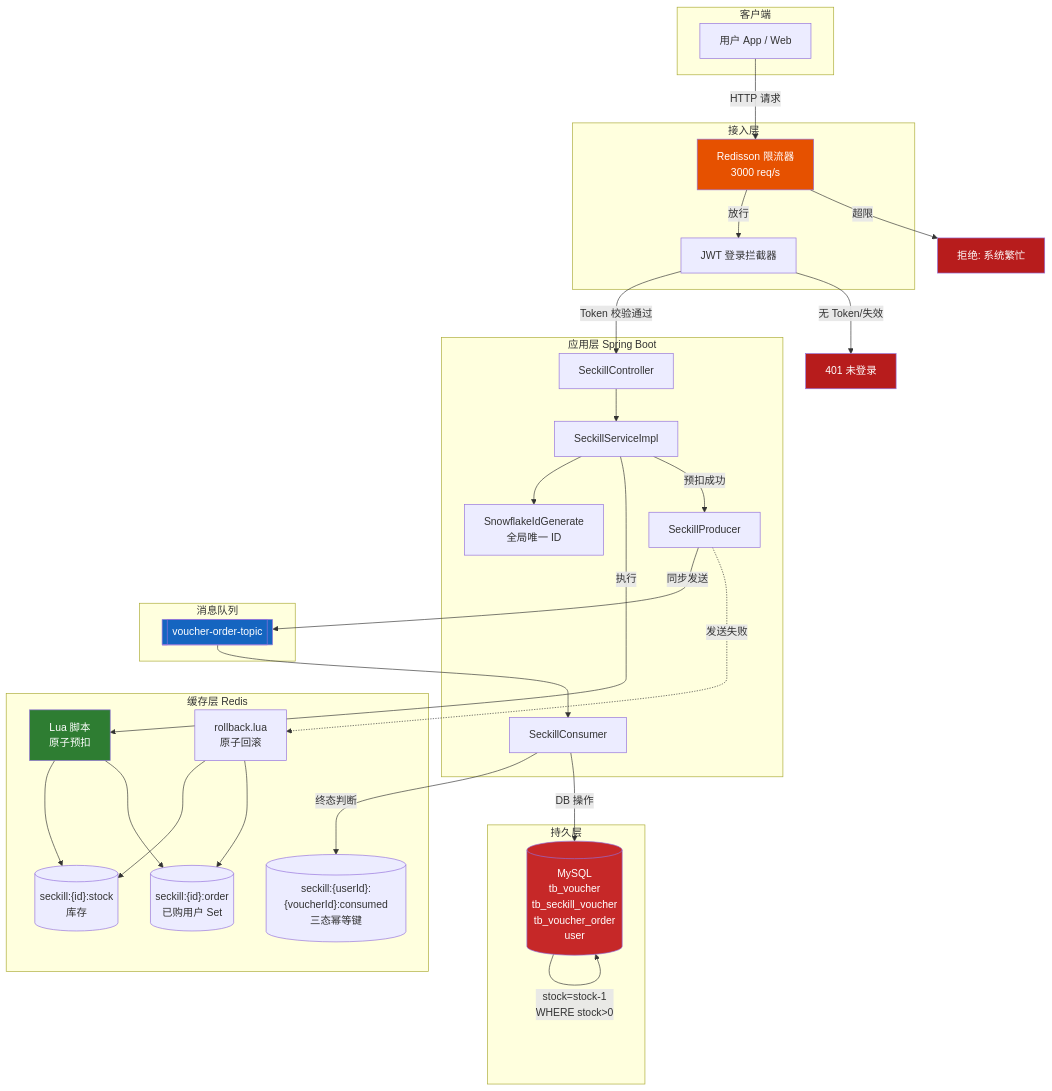
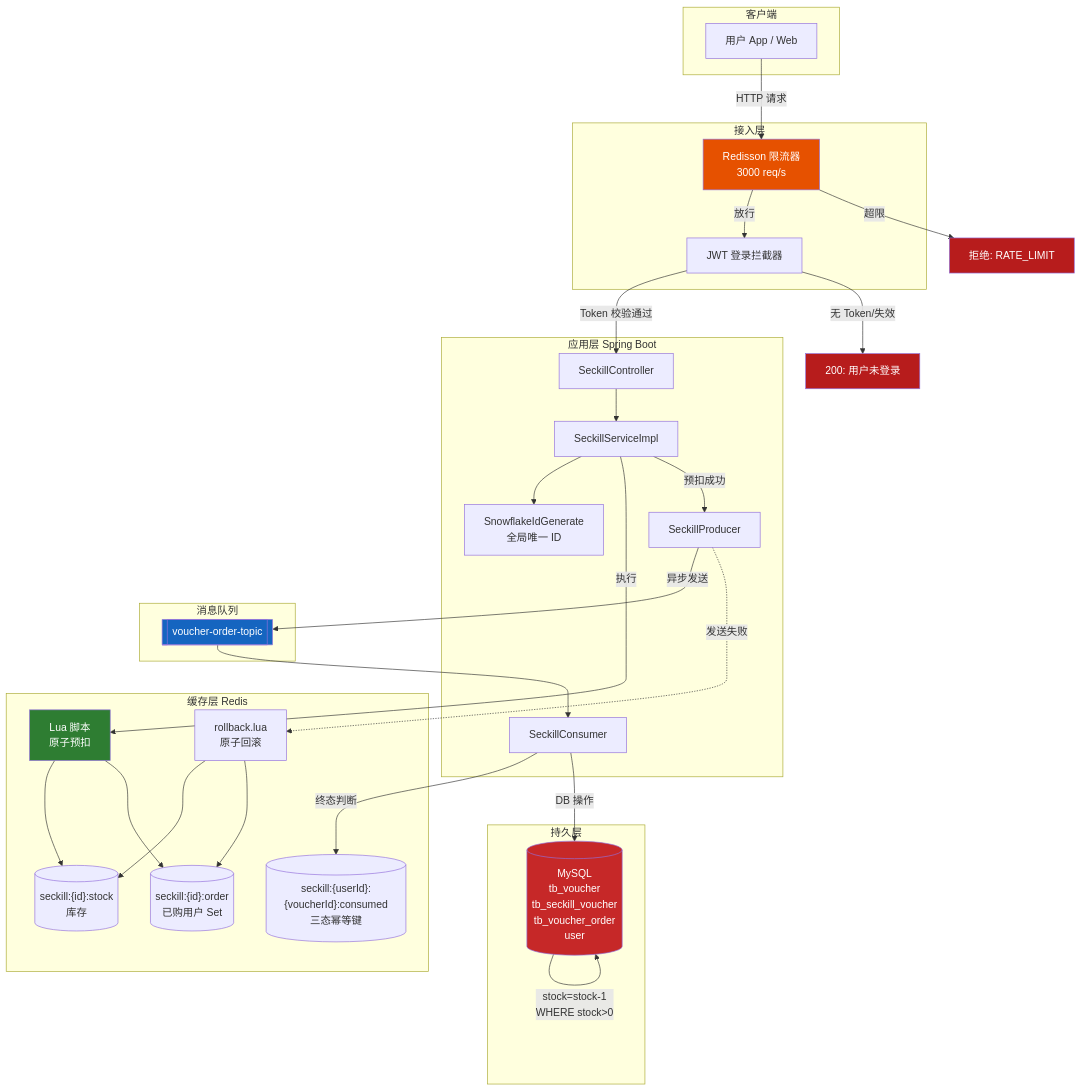
Before and after one commit to Shardkiht/FlashDeal: the first of 3 diagrams in README.md, drawn with Mermaid. The commit also changed other lines of this file and 2 other files, not shown here.

````diff
--- a/README.md
+++ b/README.md
@@ -70,64 +106,64 @@
 ```mermaid
 flowchart TB
     subgraph Client["客户端"]
         U["用户 App / Web"]
     end
 
     subgraph Gateway["接入层"]
         RL["Redisson 限流器<br/>3000 req/s"]
         LI["JWT 登录拦截器"]
     end
 
     subgraph App["应用层 Spring Boot"]
         CTRL["SeckillController"]
         SVC["SeckillServiceImpl"]
         IDG["SnowflakeIdGenerate<br/>全局唯一 ID"]
         PROD["SeckillProducer"]
         CONS["SeckillConsumer"]
     end
 
     subgraph Cache["缓存层 Redis"]
         STOCK[("seckill:{id}:stock<br/>库存")]
         ORDER[("seckill:{id}:order<br/>已购用户 Set")]
         IDEM[("seckill:{userId}:{voucherId}:consumed<br/>三态幂等键")]
 
         LUA["Lua 脚本<br/>原子预扣"]
         RBLUA["rollback.lua<br/>原子回滚"]
     end
 
     subgraph MQ["消息队列"]
         TOPIC[["voucher-order-topic"]]
     end
 
     subgraph DB["持久层"]
         MYSQL[("MySQL<br/>tb_voucher<br/>tb_seckill_voucher<br/>tb_voucher_order<br/>user")]
     end
 
     U -->|HTTP 请求| RL
     RL -->|放行| LI
-    RL -->|超限| REJ["拒绝: 系统繁忙"]
+    RL -->|超限| REJ["拒绝: RATE_LIMIT"]
     LI -->|Token 校验通过| CTRL
-    LI -->|无 Token/失效| UNAUTH["401 未登录"]
+    LI -->|无 Token/失效| UNAUTH["200: 用户未登录"]
     CTRL --> SVC
     SVC --> IDG
 
     SVC -->|执行| LUA
     LUA --> STOCK
     LUA --> ORDER
     SVC -->|预扣成功| PROD
-    PROD -->|同步发送| TOPIC
+    PROD -->|异步发送| TOPIC
     PROD -.->|发送失败| RBLUA
     RBLUA --> STOCK
     RBLUA --> ORDER
     TOPIC --> CONS
     CONS -->|终态判断| IDEM
     CONS -->|DB 操作| MYSQL
     MYSQL -->|stock=stock-1<br/>WHERE stock>0| MYSQL
 
     style RL fill:#e65100,color:#fff
     style LUA fill:#2e7d32,color:#fff
     style TOPIC fill:#1565c0,color:#fff
     style MYSQL fill:#c62828,color:#fff
     style REJ fill:#b71c1c,color:#fff
     style UNAUTH fill:#b71c1c,color:#fff
 ```
````
